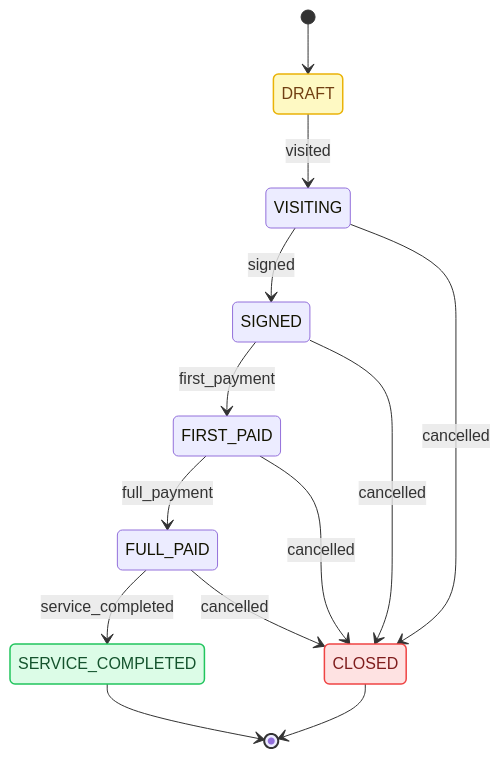
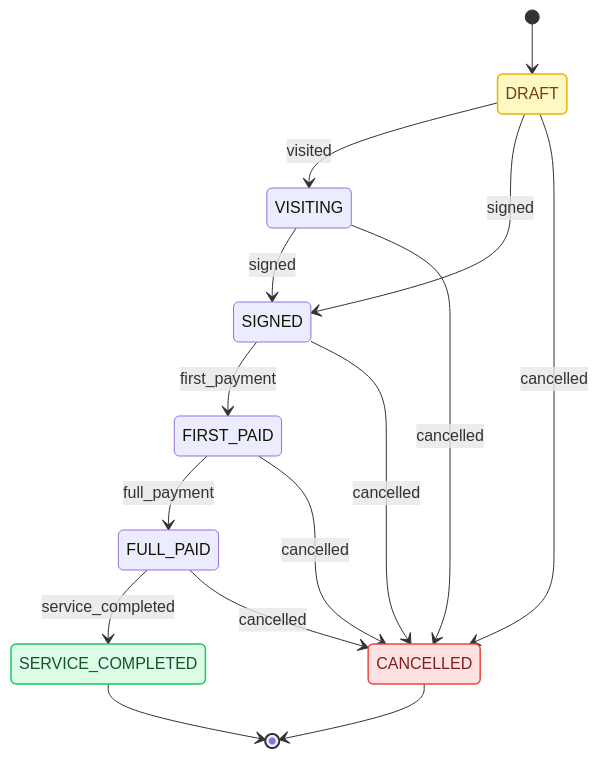
The third of 5 diagrams in en/architecture/commission-pipeline.md (StevenTsai/distribution-architecture), drawn with Mermaid before and after one commit. The commit also changed other lines of this file and 32 other files, not shown here.

````diff
--- a/en/architecture/commission-pipeline.md
+++ b/en/architecture/commission-pipeline.md
@@ -209,22 +213,24 @@
 ```mermaid
 stateDiagram-v2
     [*] --> DRAFT
     DRAFT --> VISITING: visited
+    DRAFT --> SIGNED: signed
     VISITING --> SIGNED: signed
     SIGNED --> FIRST_PAID: first_payment
     FIRST_PAID --> FULL_PAID: full_payment
     FULL_PAID --> SERVICE_COMPLETED: service_completed
-    VISITING --> CLOSED: cancelled
-    SIGNED --> CLOSED: cancelled
-    FIRST_PAID --> CLOSED: cancelled
-    FULL_PAID --> CLOSED: cancelled
+    DRAFT --> CANCELLED: cancelled
+    VISITING --> CANCELLED: cancelled
+    SIGNED --> CANCELLED: cancelled
+    FIRST_PAID --> CANCELLED: cancelled
+    FULL_PAID --> CANCELLED: cancelled
     SERVICE_COMPLETED --> [*]
-    CLOSED --> [*]
+    CANCELLED --> [*]
 
     classDef warning fill:#fef9c3,stroke:#eab308,color:#713f12,stroke-width:1.5px
     classDef success fill:#dcfce7,stroke:#22c55e,color:#14532d,stroke-width:1.5px
     classDef danger fill:#fee2e2,stroke:#ef4444,color:#7f1d1d,stroke-width:1.5px
     class DRAFT warning
     class SERVICE_COMPLETED success
-    class CLOSED danger
+    class CANCELLED danger
 ```
````
